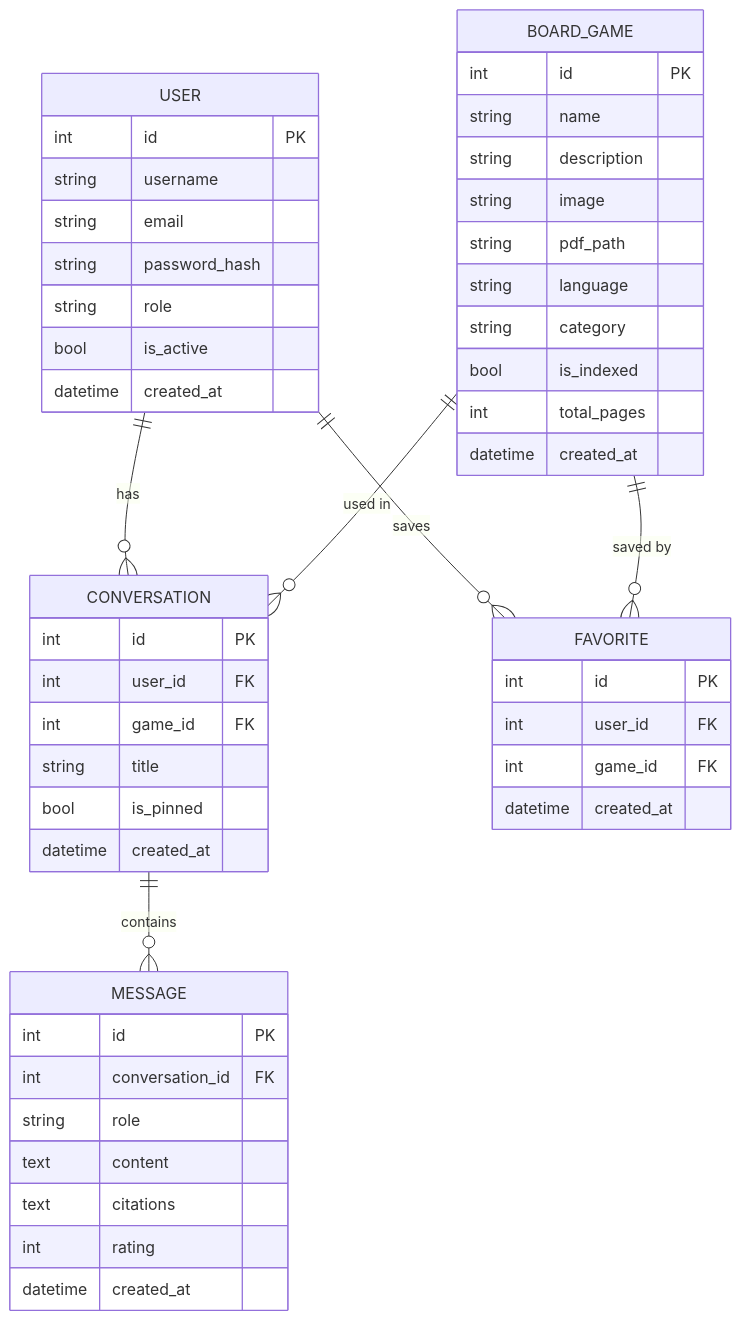
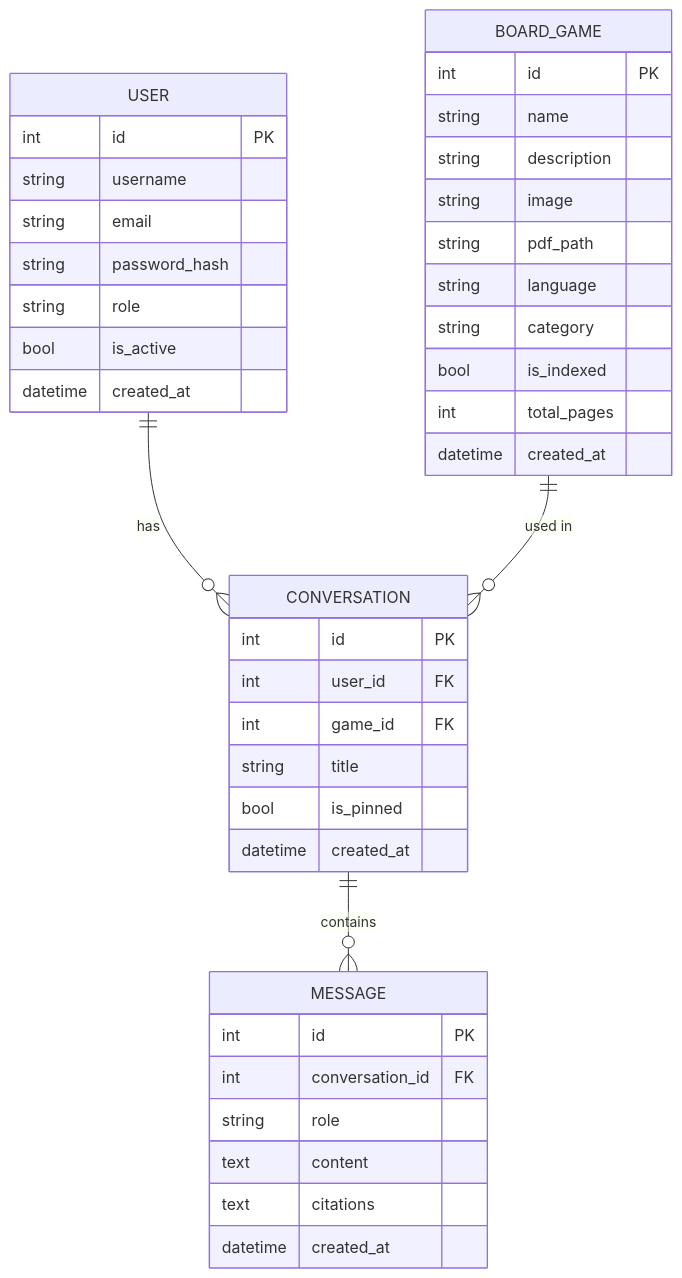
The third of 3 diagrams in docs/diagrams.md (141520/Mini-Project-IT375), drawn with Mermaid before and after one commit. The commit also changed other lines of this file and 7 other files, not shown here.

First line of the commit message:
fix: harden auth flows and PDF text cleaning

````diff
--- a/docs/diagrams.md
+++ b/docs/diagrams.md
@@ -179,57 +172,47 @@
 ```mermaid
 erDiagram
     USER {
         int id PK
         string username
         string email
         string password_hash
         string role
         bool is_active
         datetime created_at
     }
 
     BOARD_GAME {
         int id PK
         string name
         string description
         string image
         string pdf_path
         string language
         string category
         bool is_indexed
         int total_pages
         datetime created_at
     }
 
     CONVERSATION {
         int id PK
         int user_id FK
         int game_id FK
         string title
         bool is_pinned
         datetime created_at
     }
 
     MESSAGE {
         int id PK
         int conversation_id FK
         string role
         text content
         text citations
-        int rating
-        datetime created_at
-    }
-
-    FAVORITE {
-        int id PK
-        int user_id FK
-        int game_id FK
         datetime created_at
     }
 
     USER ||--o{ CONVERSATION : "has"
-    USER ||--o{ FAVORITE : "saves"
     BOARD_GAME ||--o{ CONVERSATION : "used in"
-    BOARD_GAME ||--o{ FAVORITE : "saved by"
     CONVERSATION ||--o{ MESSAGE : "contains"
 ```
````
